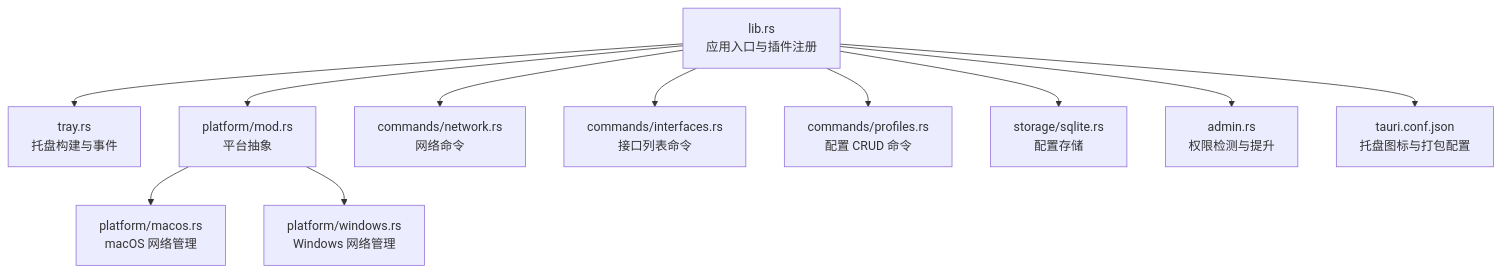
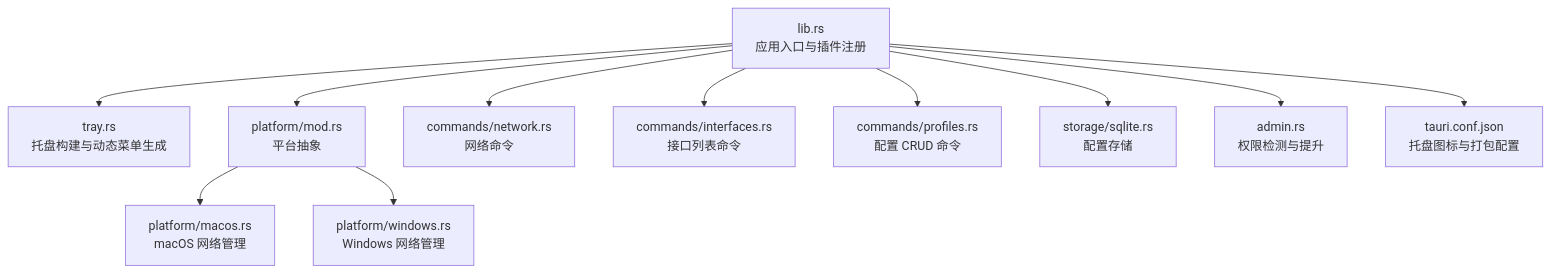
The first of 8 diagrams in .qoder/repowiki/zh/content/系统集成/系统集成.md (xdongliang/IPSwitcher), drawn with Mermaid before and after one commit. The commit also changed other lines of this file and 22 other files, not shown here.

````diff
--- a/.qoder/repowiki/zh/content/系统集成/系统集成.md
+++ b/.qoder/repowiki/zh/content/系统集成/系统集成.md
@@ -39,13 +49,13 @@
 ```mermaid
 graph TB
-A["lib.rs<br/>应用入口与插件注册"] --> B["tray.rs<br/>托盘构建与事件"]
+A["lib.rs<br/>应用入口与插件注册"] --> B["tray.rs<br/>托盘构建与动态菜单生成"]
 A --> C["platform/mod.rs<br/>平台抽象"]
 C --> C1["platform/macos.rs<br/>macOS 网络管理"]
 C --> C2["platform/windows.rs<br/>Windows 网络管理"]
 A --> D["commands/network.rs<br/>网络命令"]
 A --> E["commands/interfaces.rs<br/>接口列表命令"]
 A --> F["commands/profiles.rs<br/>配置 CRUD 命令"]
 A --> G["storage/sqlite.rs<br/>配置存储"]
 A --> H["admin.rs<br/>权限检测与提升"]
 A --> I["tauri.conf.json<br/>托盘图标与打包配置"]
 ```
````
